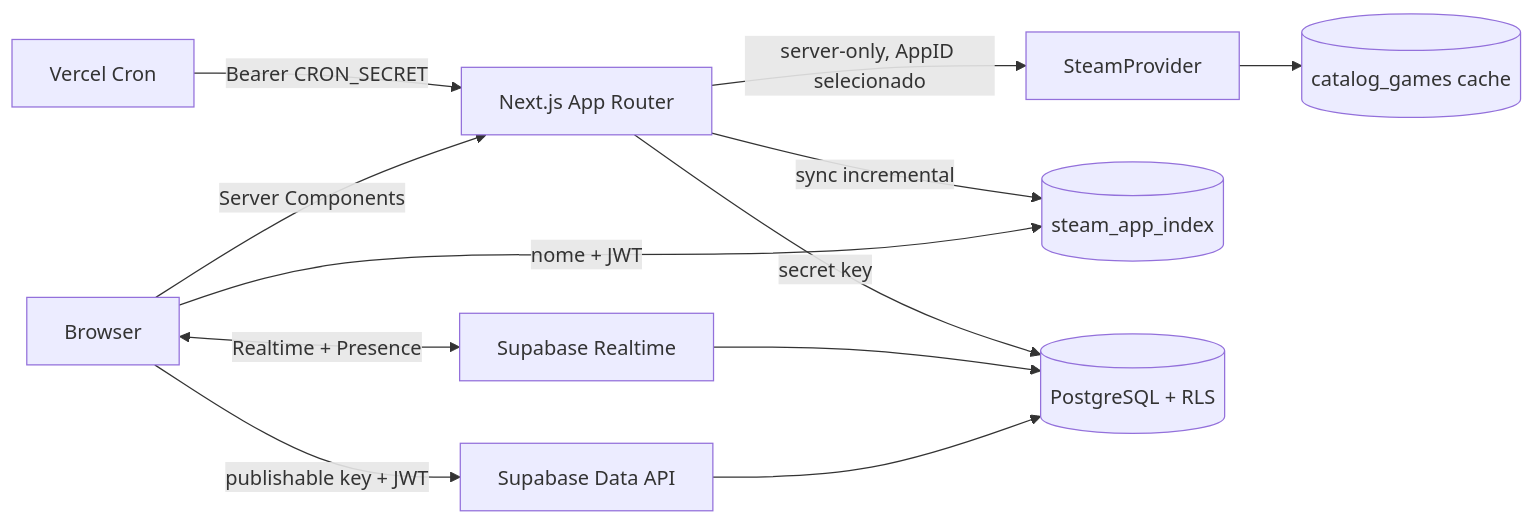
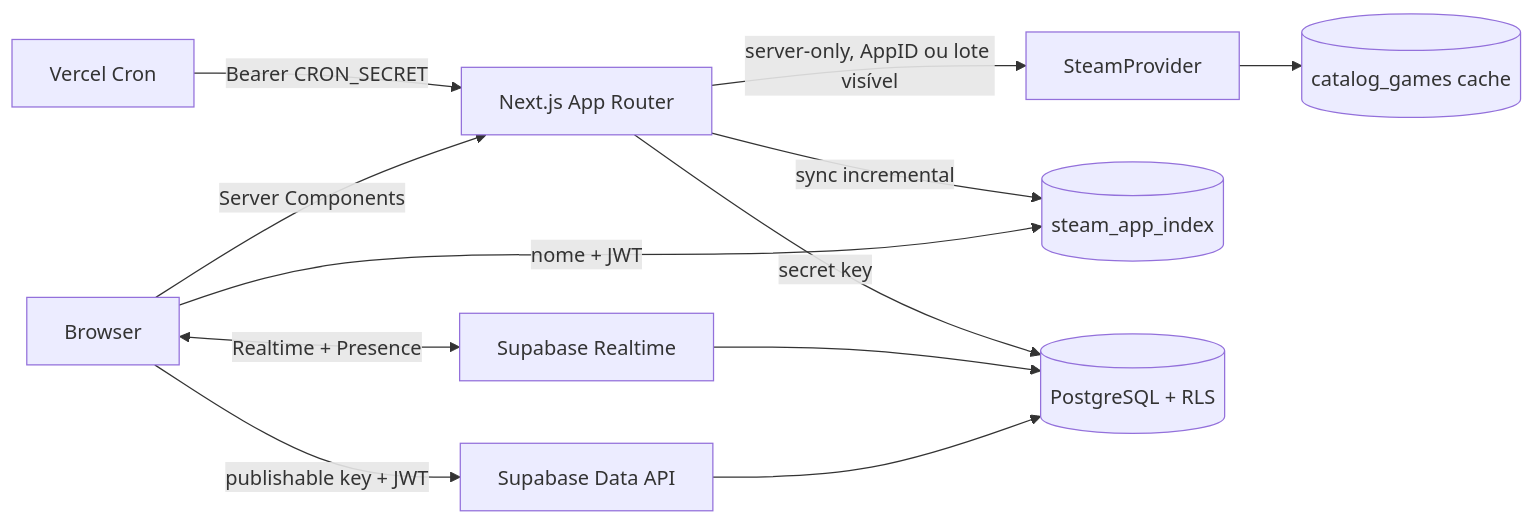
One commit to guisba/Listed changed the diagram in docs/architecture.md. Above: the diagram before and after it, drawn with Mermaid. The commit also changed other lines of this file and 28 other files, not shown here.

````diff
--- a/docs/architecture.md
+++ b/docs/architecture.md
@@ -5,14 +5,14 @@
 ```mermaid
 flowchart LR
   B[Browser] -->|Server Components| N[Next.js App Router]
   B -->|publishable key + JWT| S[Supabase Data API]
   B <-->|Realtime + Presence| R[Supabase Realtime]
-  N -->|server-only, AppID selecionado| ST[SteamProvider]
+  N -->|server-only, AppID ou lote visível| ST[SteamProvider]
   ST --> C[(catalog_games cache)]
   B -->|nome + JWT| I[(steam_app_index)]
   N -->|sync incremental| I
   S --> P[(PostgreSQL + RLS)]
   R --> P
   V[Vercel Cron] -->|Bearer CRON_SECRET| N
   N -->|secret key| P
 ```
````
